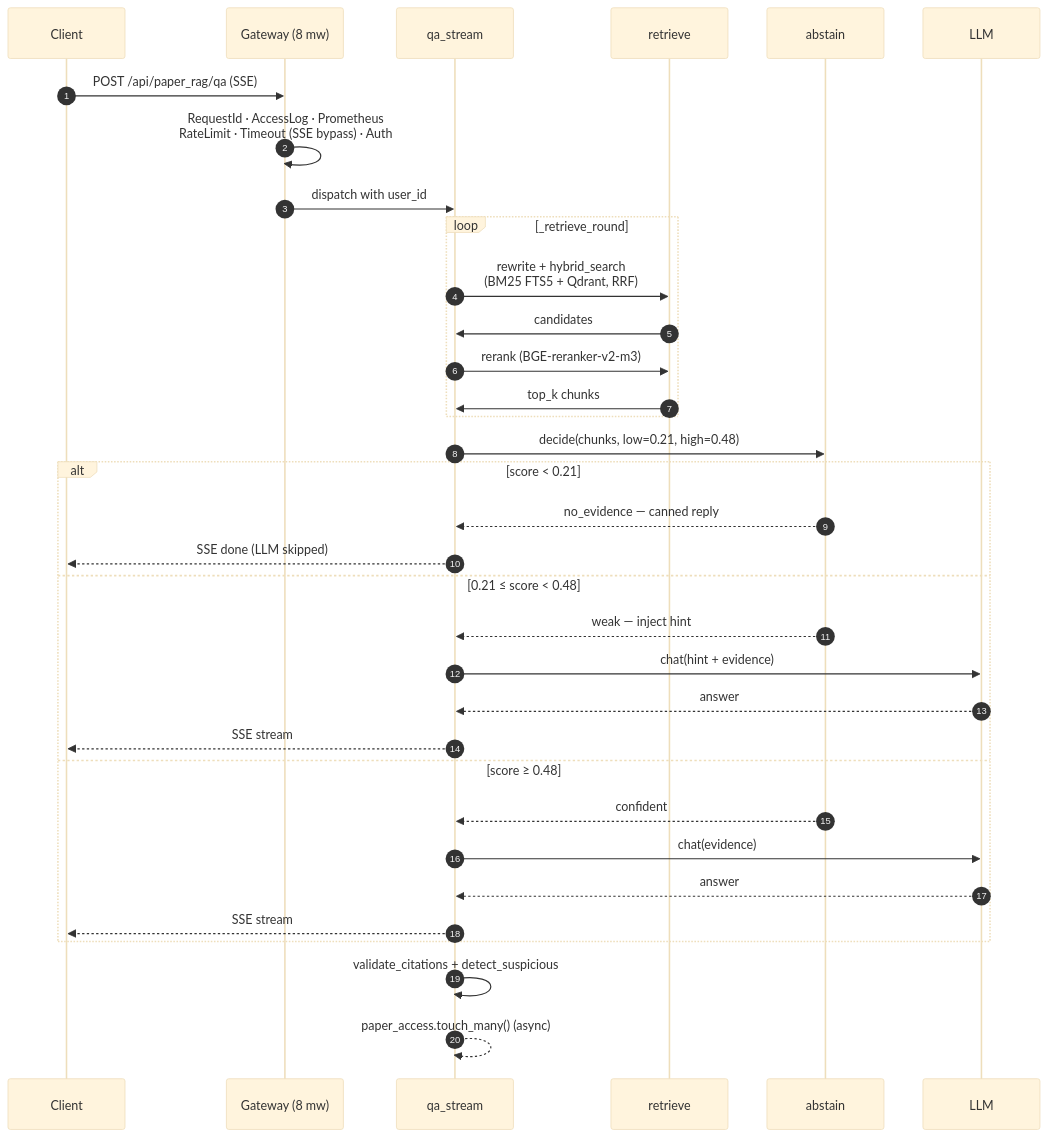
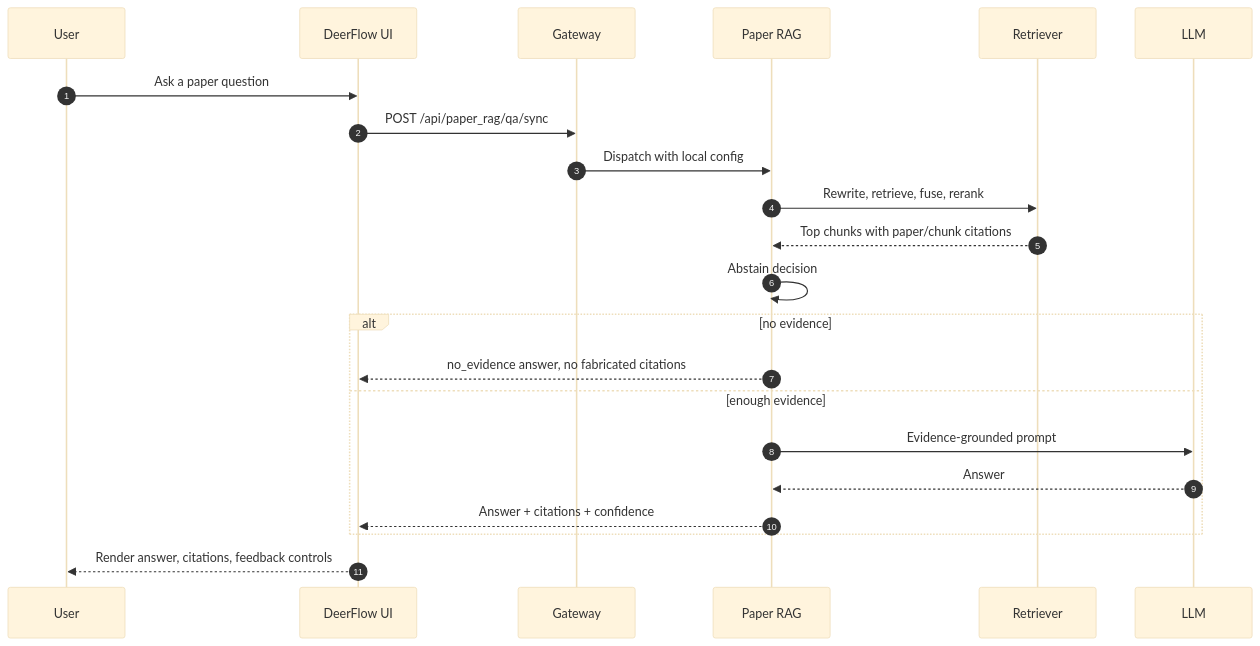
One commit to vve11/agentic_rag changed the second of 2 diagrams in README.md. Above: the diagram before and after it, drawn with Mermaid (base theme). The commit also changed other lines of this file, not shown here.

Commit message:
Document full local quickstart

````diff
--- a/README.md
+++ b/README.md
@@ -119,40 +275,25 @@
 ```mermaid
 sequenceDiagram
     autonumber
-    participant U as Client
-    participant GW as Gateway (8 mw)
-    participant QA as qa_stream
-    participant RET as retrieve
-    participant ABS as abstain
+    participant U as User
+    participant UI as DeerFlow UI
+    participant GW as Gateway
+    participant RAG as Paper RAG
+    participant RET as Retriever
     participant LLM as LLM
 
-    U->>GW: POST /api/paper_rag/qa (SSE)
-    GW->>GW: RequestId · AccessLog · Prometheus<br/>RateLimit · Timeout (SSE bypass) · Auth
-    GW->>QA: dispatch with user_id
-
-    loop _retrieve_round
-        QA->>RET: rewrite + hybrid_search<br/>(BM25 FTS5 + Qdrant, RRF)
-        RET->>QA: candidates
-        QA->>RET: rerank (BGE-reranker-v2-m3)
-        RET->>QA: top_k chunks
+    U->>UI: Ask a paper question
+    UI->>GW: POST /api/paper_rag/qa/sync
+    GW->>RAG: Dispatch with local config
+    RAG->>RET: Rewrite, retrieve, fuse, rerank
+    RET-->>RAG: Top chunks with paper/chunk citations
+    RAG->>RAG: Abstain decision
+    alt no evidence
+        RAG-->>UI: no_evidence answer, no fabricated citations
+    else enough evidence
+        RAG->>LLM: Evidence-grounded prompt
+        LLM-->>RAG: Answer
+        RAG-->>UI: Answer + citations + confidence
     end
-
-    QA->>ABS: decide(chunks, low=0.21, high=0.48)
-    alt score < 0.21
-        ABS-->>QA: no_evidence — canned reply
-        QA-->>U: SSE done (LLM skipped)
-    else 0.21 ≤ score < 0.48
-        ABS-->>QA: weak — inject hint
-        QA->>LLM: chat(hint + evidence)
-        LLM-->>QA: answer
-        QA-->>U: SSE stream
-    else score ≥ 0.48
-        ABS-->>QA: confident
-        QA->>LLM: chat(evidence)
-        LLM-->>QA: answer
-        QA-->>U: SSE stream
-    end
-
-    QA->>QA: validate_citations + detect_suspicious
-    QA-->>QA: paper_access.touch_many() (async)
+    UI-->>U: Render answer, citations, feedback controls
 ```
````
